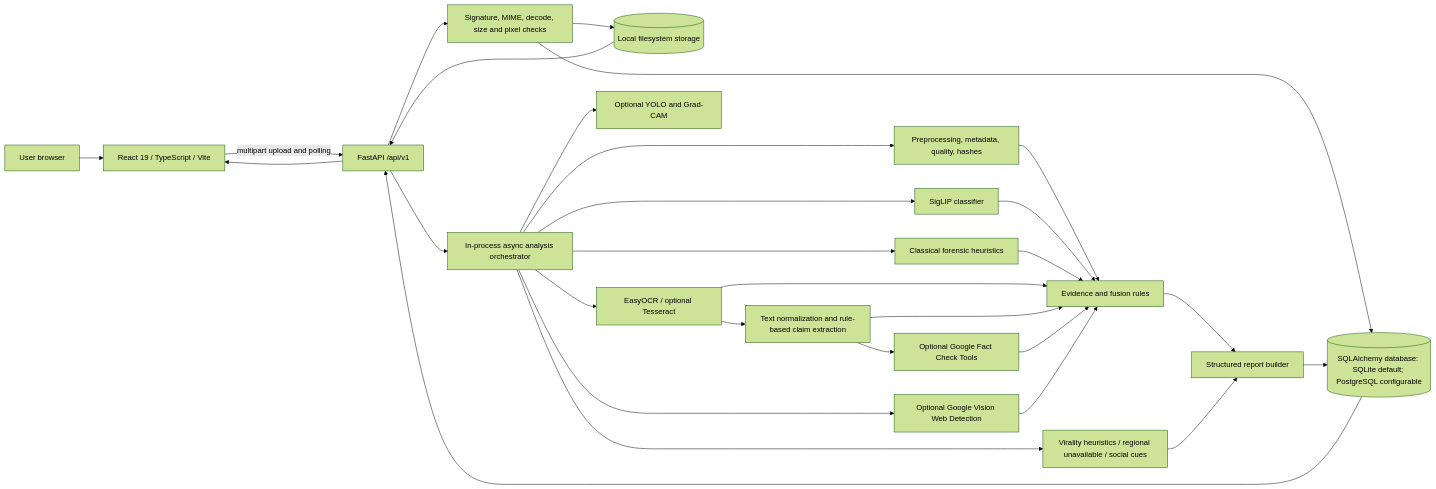
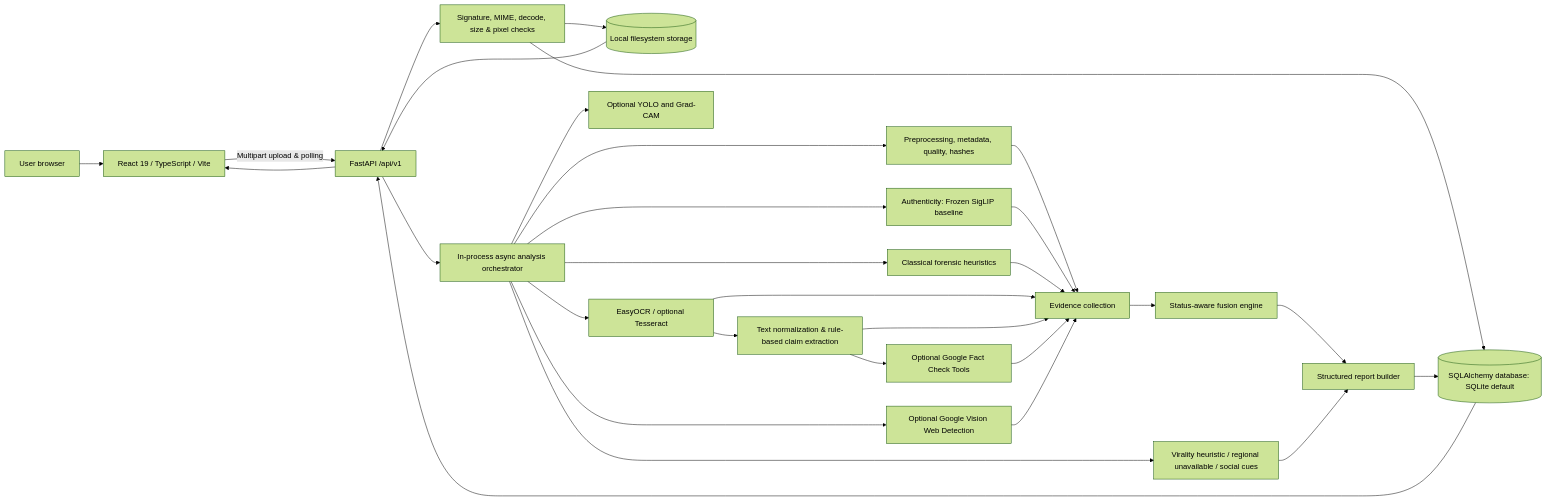
One commit to deepanshu70001/Truthlens changed the diagram in PROJECT_DOCUMENTATION/PROJECT_MASTER_DOSSIER.md. Above: the diagram before and after it, drawn with Mermaid (forest theme). The commit also changed other lines of this file and 29 other files, not shown here.

````diff
--- a/PROJECT_DOCUMENTATION/PROJECT_MASTER_DOSSIER.md
+++ b/PROJECT_DOCUMENTATION/PROJECT_MASTER_DOSSIER.md
@@ -95,31 +85,32 @@
 ```mermaid
 flowchart LR
   U[User browser] --> UI[React 19 / TypeScript / Vite]
-  UI -->|multipart upload and polling| API[FastAPI /api/v1]
-  API --> V[Signature, MIME, decode, size and pixel checks]
+  UI -->|Multipart upload & polling| API[FastAPI /api/v1]
+  API --> V[Signature, MIME, decode, size & pixel checks]
   V --> FS[(Local filesystem storage)]
-  V --> DB[(SQLAlchemy database: SQLite default; PostgreSQL configurable)]
+  V --> DB[(SQLAlchemy database: SQLite default)]
   API --> ORCH[In-process async analysis orchestrator]
   ORCH --> PRE[Preprocessing, metadata, quality, hashes]
-  ORCH --> AUTH[SigLIP classifier]
+  ORCH --> AUTH[Authenticity: Frozen SigLIP baseline]
   ORCH --> FOR[Classical forensic heuristics]
   ORCH --> OCR[EasyOCR / optional Tesseract]
   ORCH --> YOLO[Optional YOLO and Grad-CAM]
-  OCR --> CLAIM[Text normalization and rule-based claim extraction]
+  OCR --> CLAIM[Text normalization & rule-based claim extraction]
   CLAIM --> FC[Optional Google Fact Check Tools]
   ORCH --> PROV[Optional Google Vision Web Detection]
-  PRE --> EV[Evidence and fusion rules]
+  PRE --> EV[Evidence collection]
   AUTH --> EV
   FOR --> EV
   OCR --> EV
   CLAIM --> EV
   FC --> EV
   PROV --> EV
-  ORCH --> SOC[Virality heuristics / regional unavailable / social cues]
-  EV --> REPORT[Structured report builder]
+  EV --> FUS[Status-aware fusion engine]
+  ORCH --> SOC[Virality heuristic / regional unavailable / social cues]
+  FUS --> REPORT[Structured report builder]
   SOC --> REPORT
   REPORT --> DB
   DB --> API
   FS --> API
   API --> UI
 ```
````
